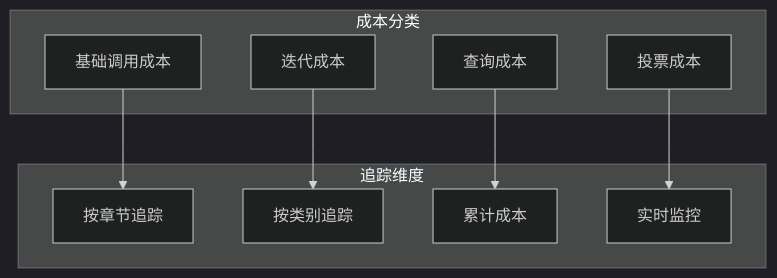
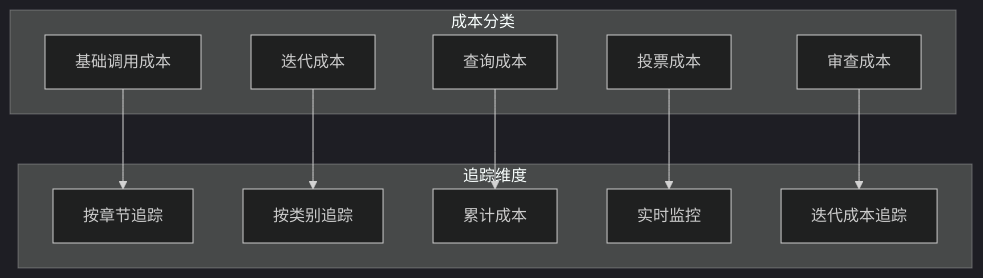
The sixth of 9 diagrams in .qoder/repowiki/zh/content/AI智能体系统/角色审查处理器.md (xfbyxq/ai-novel-system), drawn with Mermaid (dark theme) before and after one commit. The commit also changed other lines of this file and 10 other files, not shown here.

````diff
--- a/.qoder/repowiki/zh/content/AI智能体系统/角色审查处理器.md
+++ b/.qoder/repowiki/zh/content/AI智能体系统/角色审查处理器.md
@@ -271,19 +334,22 @@
 ```mermaid
 graph TB
 subgraph "成本分类"
 A[基础调用成本]
 B[迭代成本]
 C[查询成本]
 D[投票成本]
+E[审查成本]
 end
 subgraph "追踪维度"
-E[按章节追踪]
-F[按类别追踪]
-G[累计成本]
-H[实时监控]
+F[按章节追踪]
+G[按类别追踪]
+H[累计成本]
+I[实时监控]
+J[迭代成本追踪]
 end
-A --> E
-B --> F
-C --> G
-D --> H
+A --> F
+B --> G
+C --> H
+D --> I
+E --> J
 ```
````
